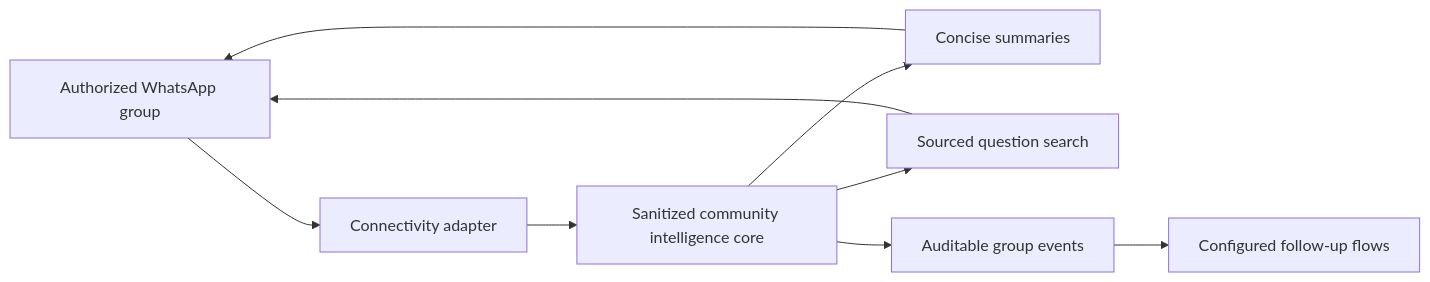
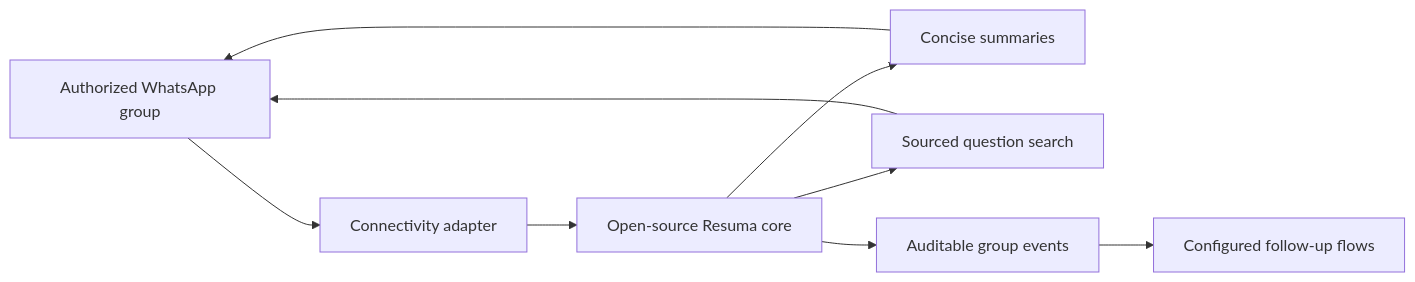
Before and after one commit to luisroquette/resuma: the diagram in README.md, drawn with Mermaid. The commit also changed other lines of this file and 23 other files, not shown here.

First line of the commit message:
Release the provider-neutral Resuma core (#3)

````diff
--- a/README.md
+++ b/README.md
@@ -78,11 +84,11 @@
 ```mermaid
 flowchart LR
   A[Authorized WhatsApp group] --> B[Connectivity adapter]
-  B --> C[Sanitized community intelligence core]
+  B --> C[Open-source Resuma core]
   C --> D[Concise summaries]
   C --> E[Sourced question search]
   C --> F[Auditable group events]
   D --> A
   E --> A
   F --> G[Configured follow-up flows]
 ```
````
